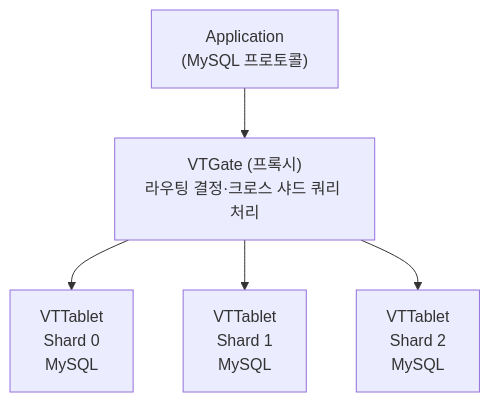
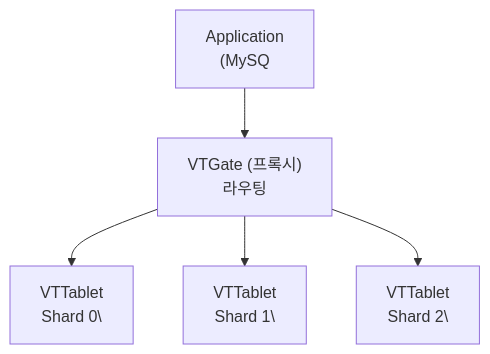
The tenth of 13 diagrams in _posts/db/2026-05-01-db-sharding.md (yjkim2015/yjkim2015.github.io), drawn with Mermaid before and after one commit. The commit also changed other lines of this file and 271 other files, not shown here.

First line of the commit message:
Mermaid 라벨 축소: 긴 노드 텍스트 18자 이하로 트림 + \n 제거

````diff
--- a/_posts/db/2026-05-01-db-sharding.md
+++ b/_posts/db/2026-05-01-db-sharding.md
@@ -398,7 +398,7 @@
 ```mermaid
 graph TD
-    APP["Application\n(MySQL 프로토콜)"] --> VTG["VTGate (프록시)\n라우팅 결정·크로스 샤드 쿼리 처리"]
-    VTG --> VT0["VTTablet\nShard 0\nMySQL"]
-    VTG --> VT1["VTTablet\nShard 1\nMySQL"]
-    VTG --> VT2["VTTablet\nShard 2\nMySQL"]
+    APP["Application\n(MySQ"] --> VTG["VTGate (프록시)\n라우팅"]
+    VTG --> VT0["VTTablet\nShard 0\"]
+    VTG --> VT1["VTTablet\nShard 1\"]
+    VTG --> VT2["VTTablet\nShard 2\"]
 ```
````
